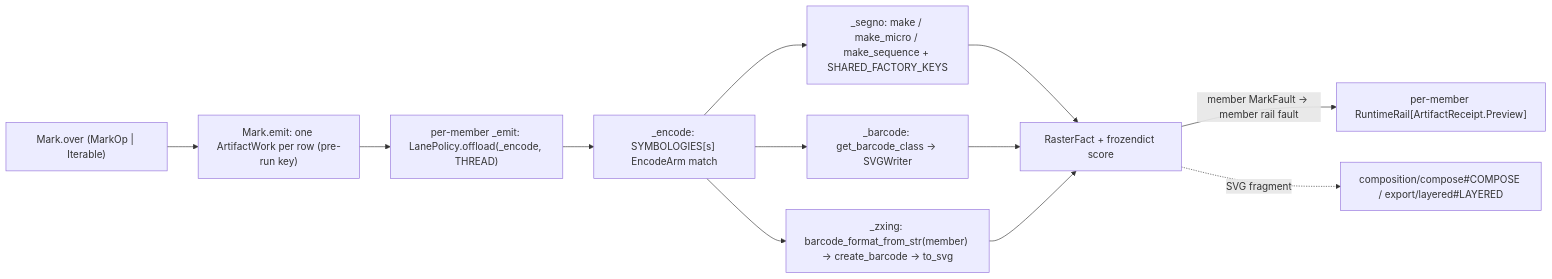
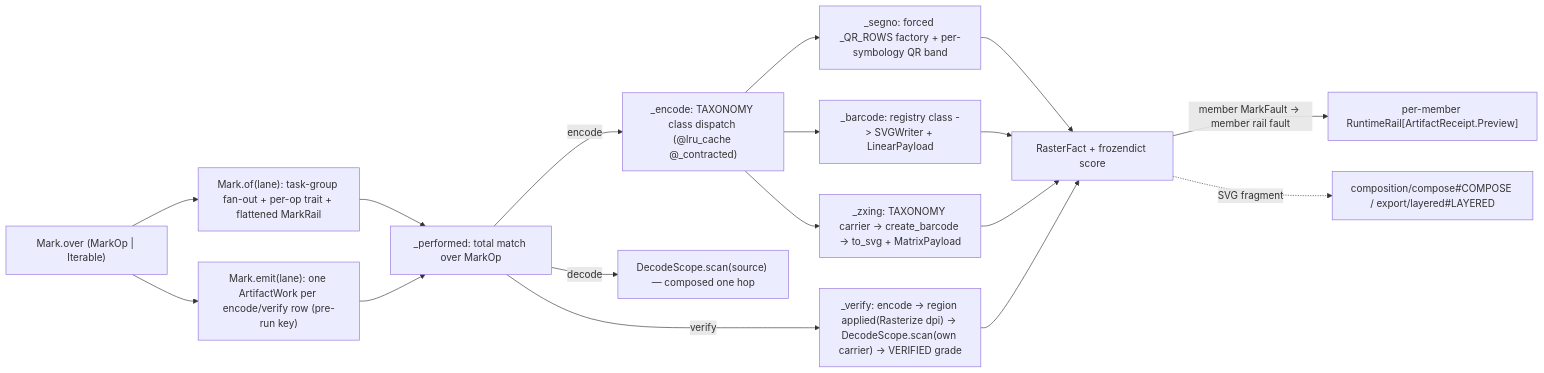
One commit to bsamiee/Rasm changed the diagram in libs/python/artifacts/.planning/graphic/marks/encode.md. Above: the diagram before and after it, drawn with Mermaid. The commit also changed other lines of this file and 143 other files, not shown here.

````diff
--- a/libs/python/artifacts/.planning/graphic/marks/encode.md
+++ b/libs/python/artifacts/.planning/graphic/marks/encode.md
@@ -406,14 +577,19 @@
 ```mermaid
 flowchart LR
-    Over["Mark.over (MarkOp | Iterable)"] --> Of["Mark.emit: one ArtifactWork per row (pre-run key)"]
-    Of --> One["per-member _emit: LanePolicy.offload(_encode, THREAD)"]
-    One --> Enc["_encode: SYMBOLOGIES[s] EncodeArm match"]
-    Enc --> Qr["_segno: make / make_micro / make_sequence + SHARED_FACTORY_KEYS"]
-    Enc --> Bar["_barcode: get_barcode_class -> SVGWriter"]
-    Enc --> Zx["_zxing: barcode_format_from_str(member) -> create_barcode -> to_svg"]
+    Over["Mark.over (MarkOp | Iterable)"] --> Of["Mark.of(lane): task-group fan-out + per-op trait + flattened MarkRail"]
+    Over --> Emit["Mark.emit(lane): one ArtifactWork per encode/verify row (pre-run key)"]
+    Of --> Perf["_performed: total match over MarkOp"]
+    Emit --> Perf
+    Perf -->|encode| Enc["_encode: TAXONOMY class dispatch (@lru_cache @_contracted)"]
+    Perf -->|decode| Scan["DecodeScope.scan(source) — composed one hop"]
+    Perf -->|verify| Ver["_verify: encode -> region applied(Rasterize dpi) -> DecodeScope.scan(own carrier) -> VERIFIED grade"]
+    Enc --> Qr["_segno: forced _QR_ROWS factory + per-symbology QR band"]
+    Enc --> Bar["_barcode: registry class -> SVGWriter + LinearPayload"]
+    Enc --> Zx["_zxing: TAXONOMY carrier -> create_barcode -> to_svg + MatrixPayload"]
     Qr --> Fact["RasterFact + frozendict score"]
     Bar --> Fact
     Zx --> Fact
+    Ver --> Fact
     Fact -->|"member MarkFault -> member rail fault"| Receipt["per-member RuntimeRail[ArtifactReceipt.Preview]"]
     Fact -.->|"SVG fragment"| Compose["composition/compose#COMPOSE / export/layered#LAYERED"]
 ```
````
